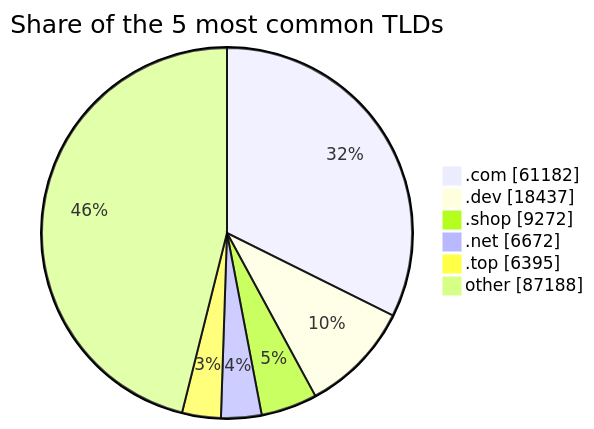
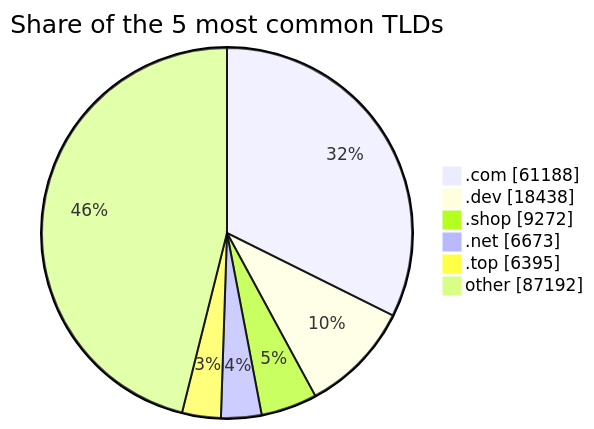
The third of 3 diagrams in README.md (DNSBunker/CTI), drawn with Mermaid before and after one commit. The commit also changed other lines of this file and 3 other files, not shown here.

````diff
--- a/README.md
+++ b/README.md
@@ -81,9 +81,9 @@
 ```mermaid
 pie showData title Share of the 5 most common TLDs
-    ".com" : 61182
-    ".dev" : 18437
+    ".com" : 61188
+    ".dev" : 18438
     ".shop" : 9272
-    ".net" : 6672
+    ".net" : 6673
     ".top" : 6395
-    "other" : 87188
+    "other" : 87192
 ```
````
